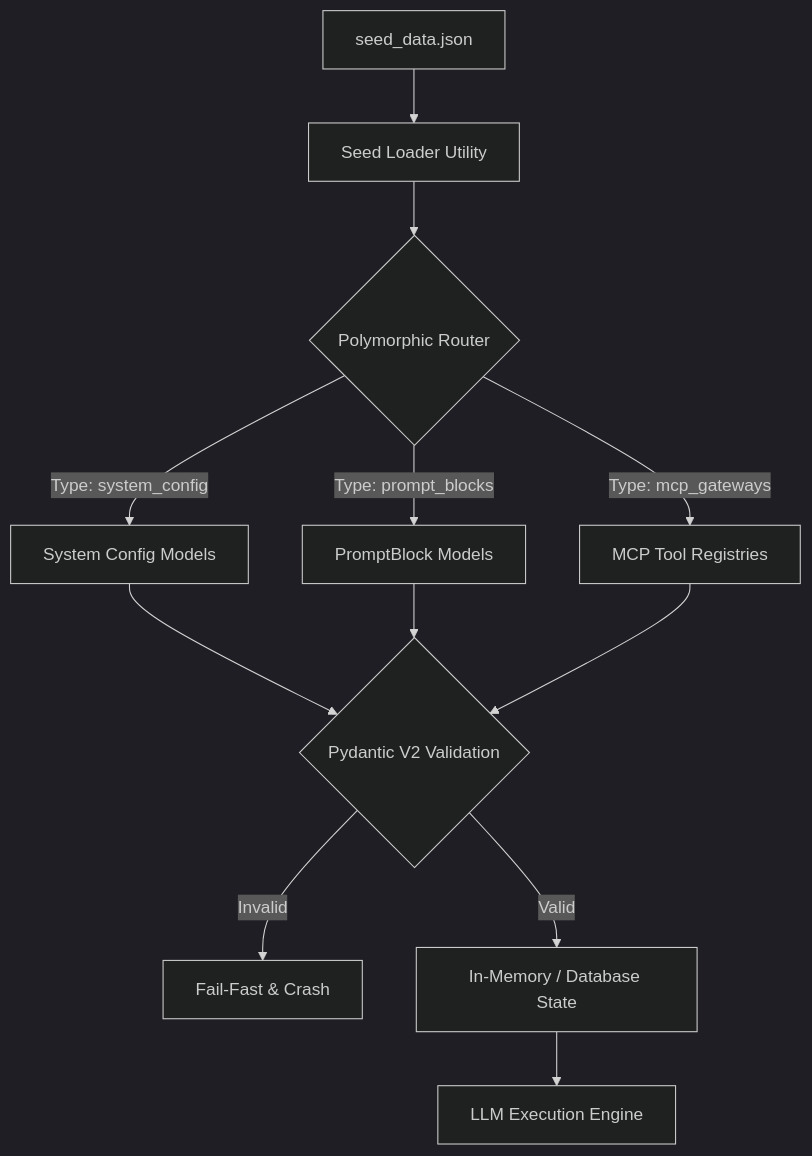
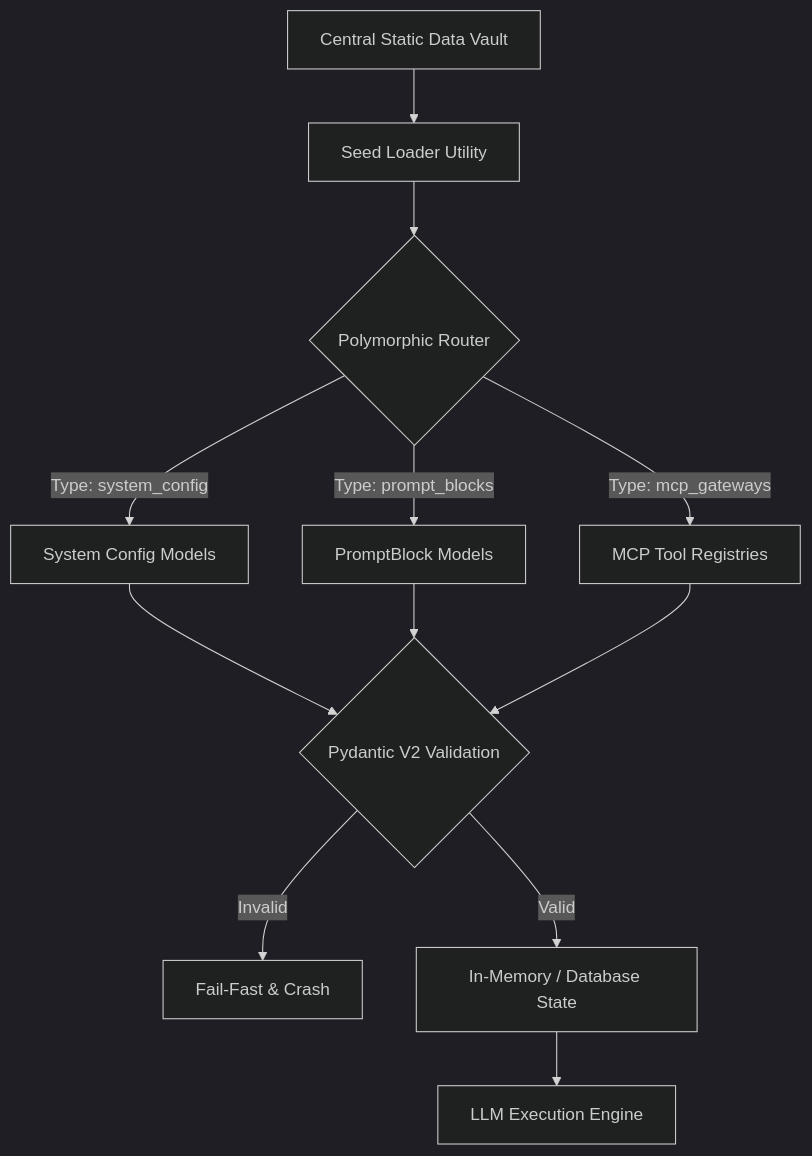
One commit to launis/quorum changed the diagram in docs/architecture/02_data_seeding_and_ontology.md. Above: the diagram before and after it, drawn with Mermaid (dark theme). The commit also changed other lines of this file and 11 other files, not shown here.

````diff
--- a/docs/architecture/02_data_seeding_and_ontology.md
+++ b/docs/architecture/02_data_seeding_and_ontology.md
@@ -31,12 +31,12 @@
 ```mermaid
 flowchart TD
-    A[seed_data.json] --> B[Seed Loader Utility]
+    A[Central Static Data Vault] --> B[Seed Loader Utility]
     B --> C{Polymorphic Router}
     C -- Type: system_config --> D[System Config Models]
     C -- Type: prompt_blocks --> E[PromptBlock Models]
     C -- Type: mcp_gateways --> F[MCP Tool Registries]
     D & E & F --> G{Pydantic V2 Validation}
     G -- Invalid --> H[Fail-Fast & Crash]
     G -- Valid --> I[In-Memory / Database State]
     I --> J[LLM Execution Engine]
 ```
````
